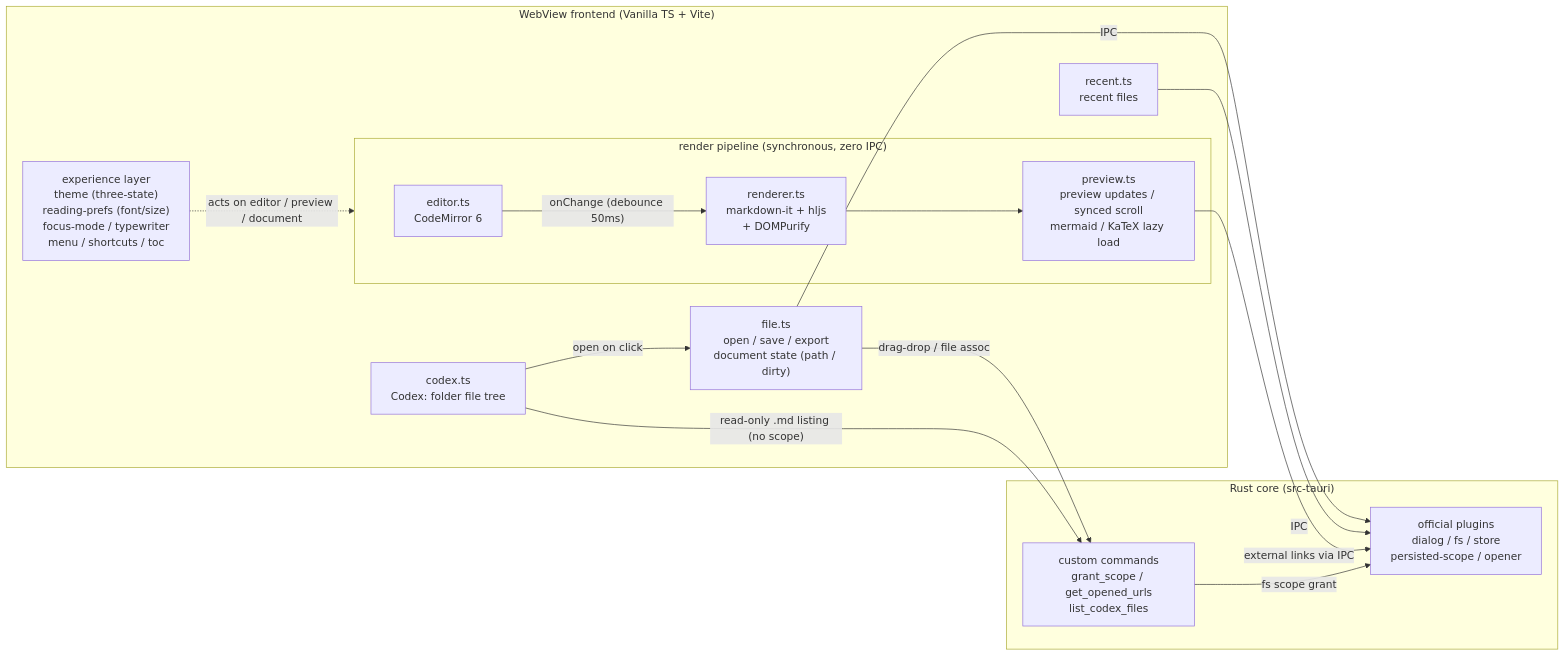
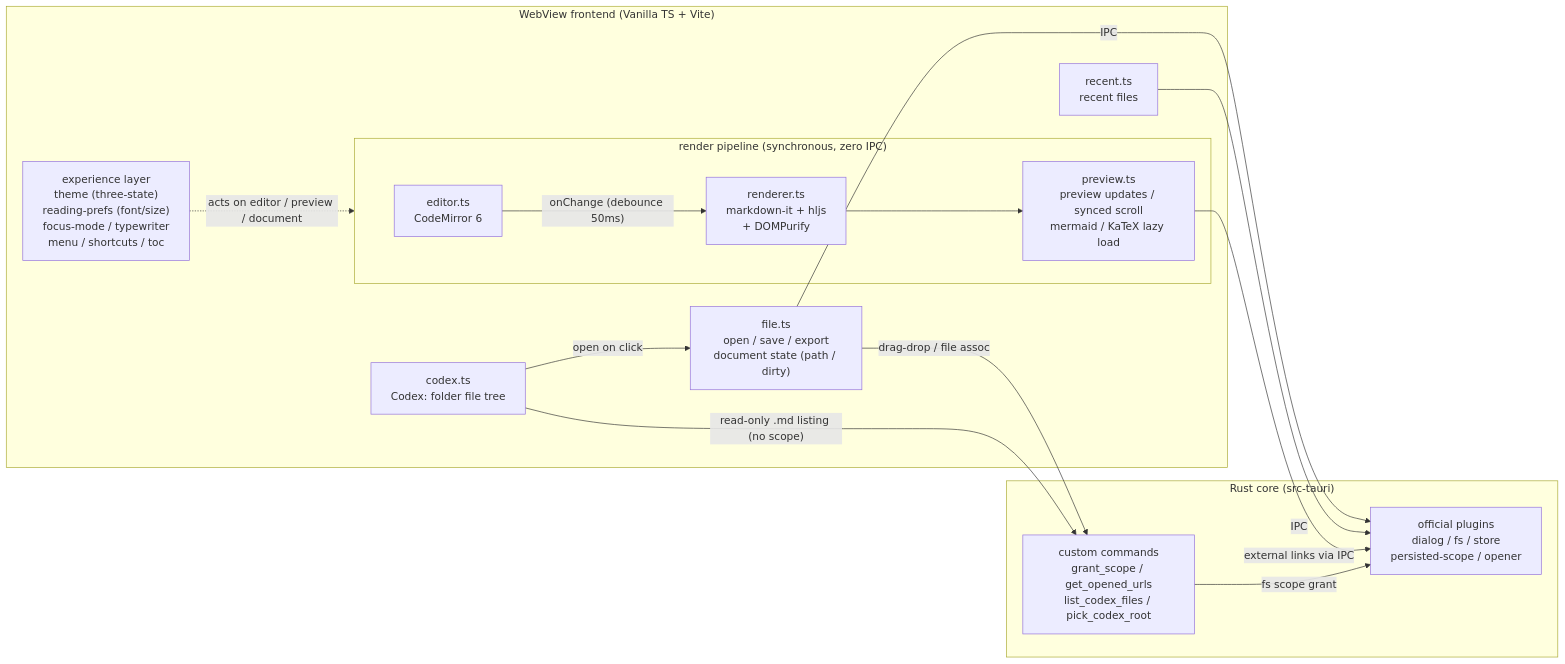
The diagram in README_EN.md (is90057/plume), drawn with Mermaid before and after one commit. The commit also changed other lines of this file and 1 other file, not shown here.

First line of the commit message:
docs: align README with macOS-first positioning and add roadmap

````diff
--- a/README_EN.md
+++ b/README_EN.md
@@ -66,27 +66,27 @@
 ```mermaid
 flowchart LR
     subgraph Frontend["WebView frontend (Vanilla TS + Vite)"]
         subgraph Pipeline["render pipeline (synchronous, zero IPC)"]
             Editor["editor.ts<br/>CodeMirror 6"]
             Renderer["renderer.ts<br/>markdown-it + hljs<br/>+ DOMPurify"]
             Preview["preview.ts<br/>preview updates / synced scroll<br/>mermaid / KaTeX lazy load"]
         end
         UX["experience layer<br/>theme (three-state)<br/>reading-prefs (font/size)<br/>focus-mode / typewriter<br/>menu / shortcuts / toc"]
         File["file.ts<br/>open / save / export<br/>document state (path / dirty)"]
         Recent["recent.ts<br/>recent files"]
         Codex["codex.ts<br/>Codex: folder file tree"]
     end
     subgraph Rust["Rust core (src-tauri)"]
         Plugins["official plugins<br/>dialog / fs / store<br/>persisted-scope / opener"]
-        Commands["custom commands<br/>grant_scope / get_opened_urls<br/>list_codex_files"]
+        Commands["custom commands<br/>grant_scope / get_opened_urls<br/>list_codex_files / pick_codex_root"]
     end
     Editor -- "onChange (debounce 50ms)" --> Renderer --> Preview
     UX -. "acts on editor / preview / document" .-> Pipeline
     File -- IPC --> Plugins
     Recent -- IPC --> Plugins
     Preview -- "external links via IPC" --> Plugins
     File -- "drag-drop / file assoc" --> Commands
     Codex -- "read-only .md listing (no scope)" --> Commands
     Codex -- "open on click" --> File
     Commands -- "fs scope grant" --> Plugins
 ```
````
